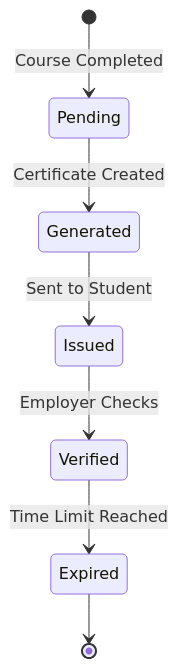
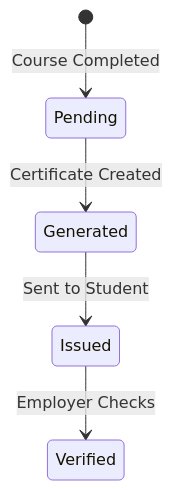
One commit to ranugaz/AWSNetworkingLP changed the sixth of 6 diagrams in State_Transition_Diagrams.md. Above: the diagram before and after it, drawn with Mermaid.

````diff
--- a/State_Transition_Diagrams.md
+++ b/State_Transition_Diagrams.md
@@ -71,10 +71,9 @@
 ```mermaid
 
 stateDiagram-v2
     [*] --> Pending: Course Completed
     Pending --> Generated: Certificate Created
     Generated --> Issued: Sent to Student
     Issued --> Verified: Employer Checks
-    Verified --> Expired: Time Limit Reached
-    Expired --> [*]
+
 ```
````
